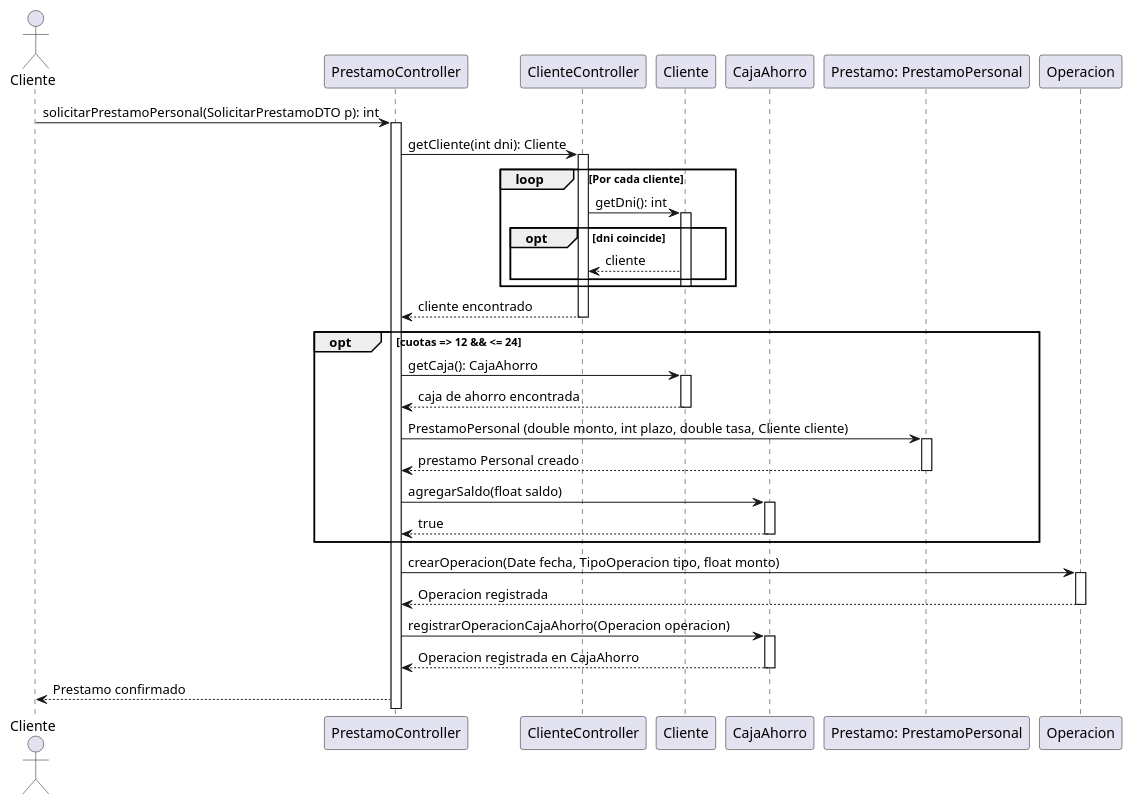
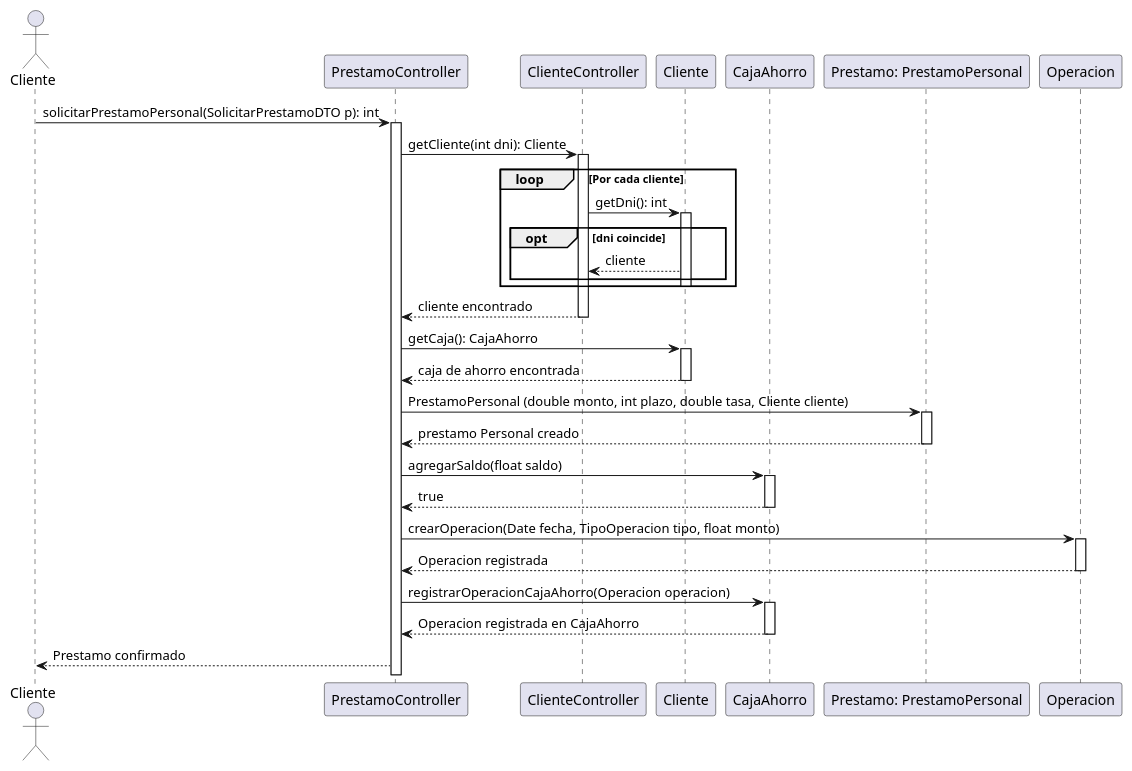
Before and after one commit to CoachEmilio/FinalAdelantadoPOO: the diagram in src/main/java/org/uade/diagrams/SolicitarPrestamoPersonal.puml, drawn with PlantUML.

Commit message:
4rd Refactor Sequence diagram PrestamoPersonal

```diff
--- a/src/main/java/org/uade/diagrams/SolicitarPrestamoPersonal.puml
+++ b/src/main/java/org/uade/diagrams/SolicitarPrestamoPersonal.puml
@@ -1,56 +1,55 @@
 @startuml
 actor Cliente
 participant "PrestamoController" as PC
 participant "ClienteController" as CC
 participant "Cliente" as C
 participant "CajaAhorro" as CA
 participant "Prestamo: PrestamoPersonal" as P
 participant "Operacion" as O
 
 Cliente -> PC: solicitarPrestamoPersonal(SolicitarPrestamoDTO p): int
 activate PC
 
 PC -> CC: getCliente(int dni): Cliente
 activate CC
 
 loop Por cada cliente
     CC -> C: getDni(): int
     activate C
     opt dni coincide
         CC <-- C: cliente
     end
     deactivate C
 end
 
 CC --> PC: cliente encontrado
 deactivate CC
 
-opt cuotas => 12 && <= 24
-    PC -> C: getCaja(): CajaAhorro
-    activate C
-    C --> PC: caja de ahorro encontrada
-    deactivate C
+PC -> C: getCaja(): CajaAhorro
+activate C
+C --> PC: caja de ahorro encontrada
+deactivate C
 
-    PC -> P: PrestamoPersonal (double monto, int plazo, double tasa, Cliente cliente)
-    activate P
-    PC <-- P: prestamo Personal creado
-    deactivate P
+PC -> P: PrestamoPersonal (double monto, int plazo, double tasa, Cliente cliente)
+activate P
+PC <-- P: prestamo Personal creado
+deactivate P
 
-    PC -> CA: agregarSaldo(float saldo)
-    activate CA
-    CA --> PC: true
-    deactivate CA
-end
+PC -> CA: agregarSaldo(float saldo)
+activate CA
+CA --> PC: true
+deactivate CA
+
 PC -> O: crearOperacion(Date fecha, TipoOperacion tipo, float monto)
 activate O
 O --> PC: Operacion registrada
 deactivate O
 
 PC -> CA : registrarOperacionCajaAhorro(Operacion operacion)
 activate CA
 CA --> PC: Operacion registrada en CajaAhorro
 deactivate CA
 
 
 PC --> Cliente: Prestamo confirmado
 @enduml
```
